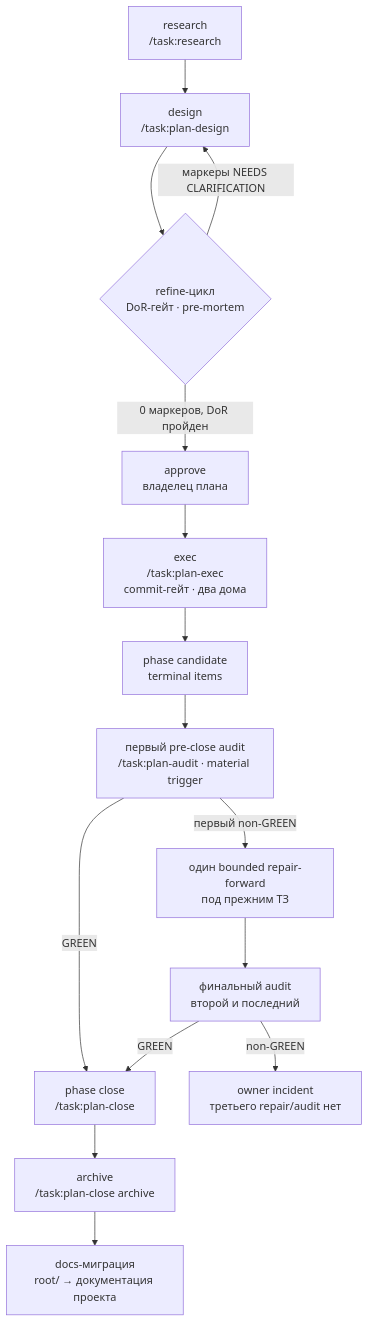
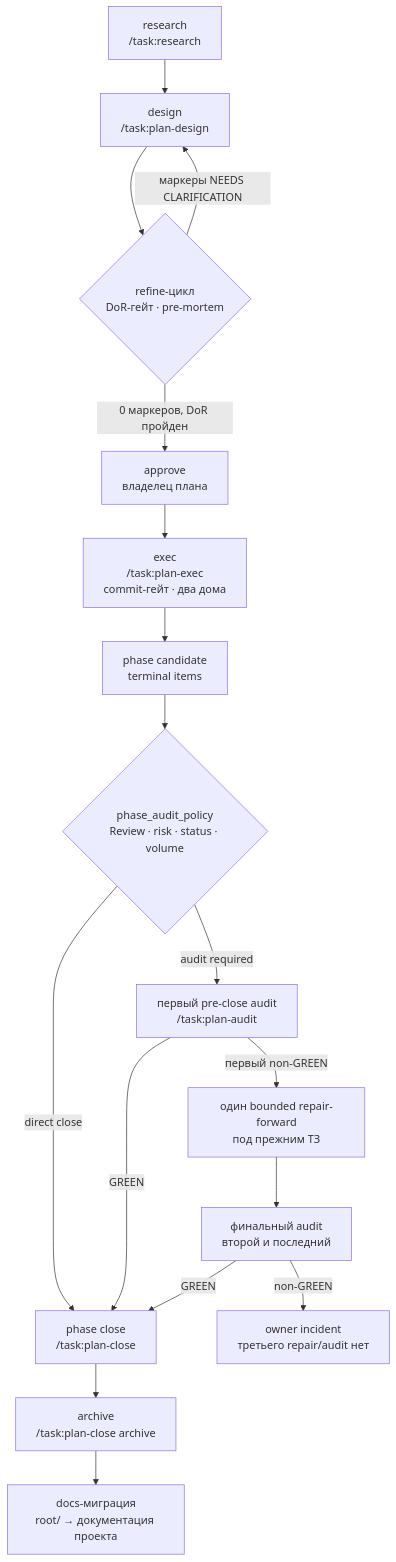
Before and after one commit to academici/swissknifeman: the diagram in packages/task/docs/methodology.md, drawn with Mermaid. The commit also changed other lines of this file and 25 other files, not shown here.

````diff
--- a/packages/task/docs/methodology.md
+++ b/packages/task/docs/methodology.md
@@ -8,17 +8,19 @@
 ```mermaid
 flowchart TD
     R[research<br>/task:research] --> D[design<br>/task:plan-design]
     D --> RF{refine-цикл<br>DoR-гейт · pre-mortem}
     RF -- маркеры NEEDS CLARIFICATION --> D
     RF -- 0 маркеров, DoR пройден --> A[approve<br>владелец плана]
     A --> E[exec<br>/task:plan-exec<br>commit-гейт · два дома]
     E --> C[phase candidate<br>terminal items]
-    C --> RV[первый pre-close audit<br>/task:plan-audit · material trigger]
+    C --> AP{phase_audit_policy<br>Review · risk · status · volume}
+    AP -- audit required --> RV[первый pre-close audit<br>/task:plan-audit]
+    AP -- direct close --> PC
     RV -- первый non-GREEN --> RE[один bounded repair-forward<br>под прежним ТЗ]
     RV -- GREEN --> PC[phase close<br>/task:plan-close]
     RE --> FRV[финальный audit<br>второй и последний]
     FRV -- GREEN --> PC
     FRV -- non-GREEN --> INC[owner incident<br>третьего repair/audit нет]
     PC --> AR[archive<br>/task:plan-close archive]
     AR --> DOCS[docs-миграция<br>root/ → документация проекта]
 ```
````
